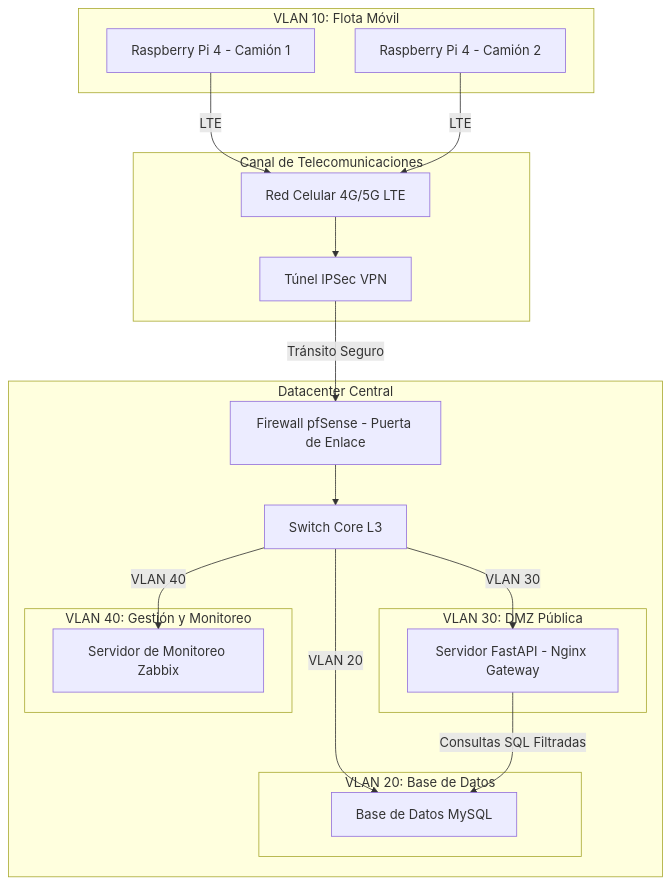
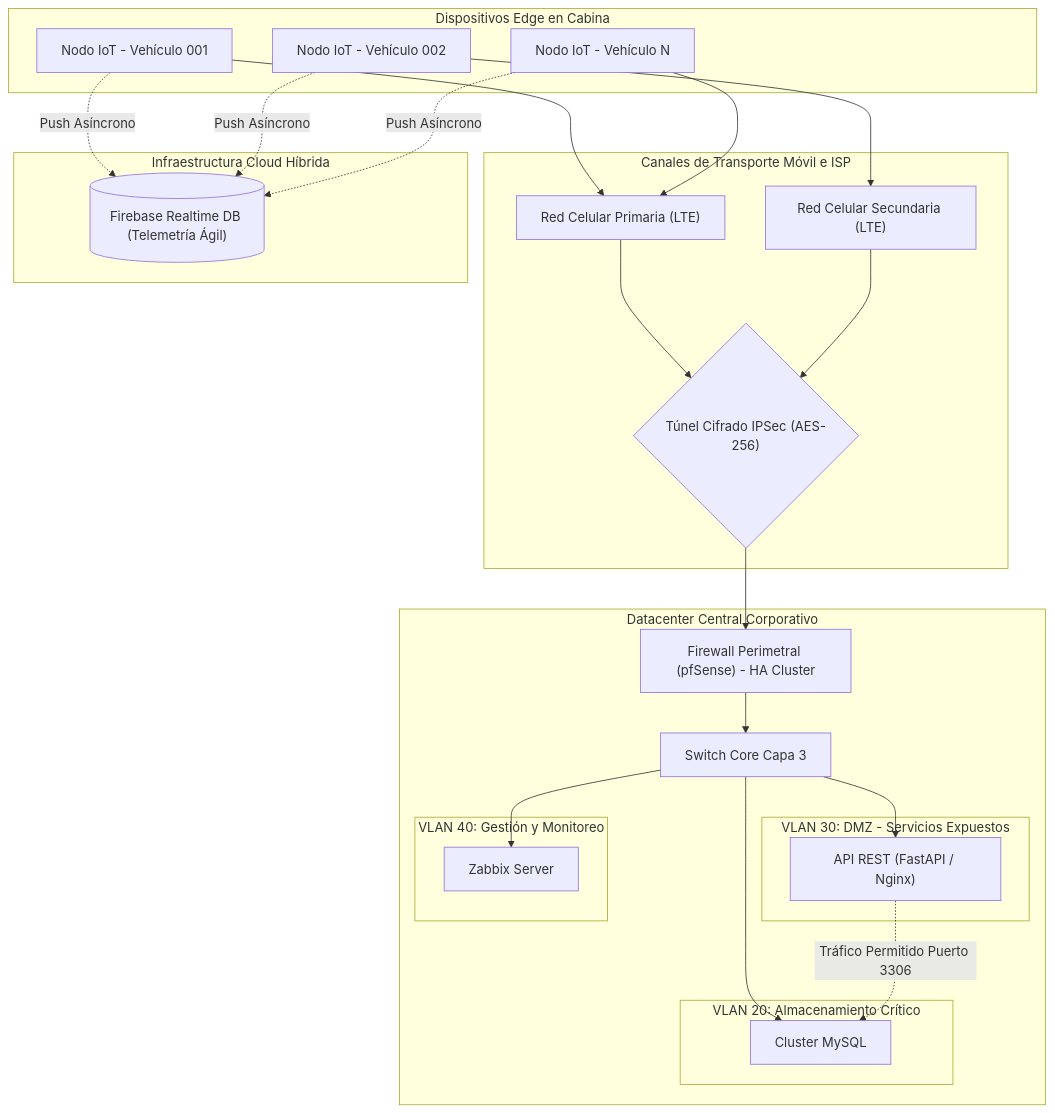
The diagram in docs/FrankChoquehuanca/semestre1/entregable1.md (cristhianllanque/PerfilDeEgresadoCopIA), drawn with Mermaid before and after one commit. The commit also changed other lines of this file and 5 other files, not shown here.

````diff
--- a/docs/FrankChoquehuanca/semestre1/entregable1.md
+++ b/docs/FrankChoquehuanca/semestre1/entregable1.md
@@ -39,40 +65,56 @@
 ```mermaid
 graph TD
-    subgraph Flota_Vehiculos [VLAN 10: Flota Móvil]
-        Camion1["Raspberry Pi 4 - Camión 1"]
-        Camion2["Raspberry Pi 4 - Camión 2"]
+    subgraph Dominio_Edge [Dispositivos Edge en Cabina]
+        Camion1["Nodo IoT - Vehículo 001"]
+        Camion2["Nodo IoT - Vehículo 002"]
+        CamionN["Nodo IoT - Vehículo N"]
     end
 
-    subgraph Internet [Canal de Telecomunicaciones]
-        ISP_Movil["Red Celular 4G/5G LTE"]
-        VPN_Tunnel["Túnel IPSec VPN"]
+    subgraph Dominio_WAN [Canales de Transporte Móvil e ISP]
+        ISP_Principal["Red Celular Primaria (LTE)"]
+        ISP_Respaldo["Red Celular Secundaria (LTE)"]
+        VPN_IPSec{"Túnel Cifrado IPSec (AES-256)"}
     end
 
-    subgraph Datacenter [Datacenter Central]
-        FW["Firewall pfSense - Puerta de Enlace"]
-        SW_Core["Switch Core L3"]
+    subgraph Dominio_Cloud [Infraestructura Cloud Híbrida]
+        Firebase_DB[("Firebase Realtime DB (Telemetría Ágil)")]
+    end
+
+    subgraph Dominio_Datacenter [Datacenter Central Corporativo]
+        FW["Firewall Perimetral (pfSense) - HA Cluster"]
+        SW_Core["Switch Core Capa 3"]
         
-        subgraph DMZ [VLAN 30: DMZ Pública]
-            API_Srv["Servidor FastAPI - Nginx Gateway"]
+        subgraph VLAN_30_DMZ [VLAN 30: DMZ - Servicios Expuestos]
+            API_Srv["API REST (FastAPI / Nginx)"]
         end
         
-        subgraph VLAN_DB [VLAN 20: Base de Datos]
-            DB_Srv["Base de Datos MySQL"]
+        subgraph VLAN_20_DB [VLAN 20: Almacenamiento Crítico]
+            DB_Srv["Cluster MySQL"]
         end
         
-        subgraph VLAN_Mgt [VLAN 40: Gestión y Monitoreo]
-            Mon_Srv["Servidor de Monitoreo Zabbix"]
+        subgraph VLAN_40_MGT [VLAN 40: Gestión y Monitoreo]
+            Mon_Srv["Zabbix Server"]
         end
     end
 
-    Camion1 -->|LTE| ISP_Movil
-    Camion2 -->|LTE| ISP_Movil
-    ISP_Movil --> VPN_Tunnel
-    VPN_Tunnel -->|Tránsito Seguro| FW
+    Camion1 --> ISP_Principal
+    Camion2 --> ISP_Respaldo
+    CamionN --> ISP_Principal
+    
+    ISP_Principal --> VPN_IPSec
+    ISP_Respaldo --> VPN_IPSec
+    
+    %% Sync Asíncrono a Firebase
+    Camion1 -.->|Push Asíncrono| Firebase_DB
+    Camion2 -.->|Push Asíncrono| Firebase_DB
+    CamionN -.->|Push Asíncrono| Firebase_DB
+    
+    VPN_IPSec --> FW
     FW --> SW_Core
-    SW_Core -->|VLAN 30| API_Srv
-    SW_Core -->|VLAN 20| DB_Srv
-    SW_Core -->|VLAN 40| Mon_Srv
+    
+    SW_Core --> API_Srv
+    SW_Core --> DB_Srv
+    SW_Core --> Mon_Srv
 
-    API_Srv -->|Consultas SQL Filtradas| DB_Srv
+    API_Srv -.->|Tráfico Permitido Puerto 3306| DB_Srv
 ```
````
